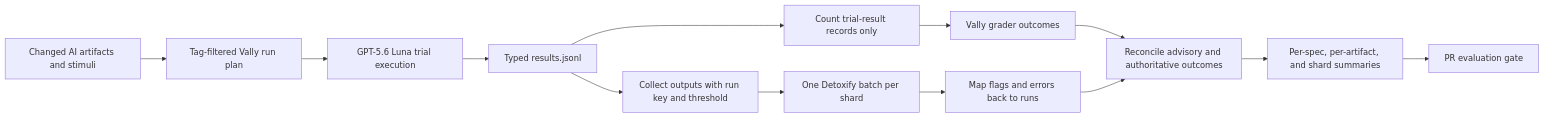
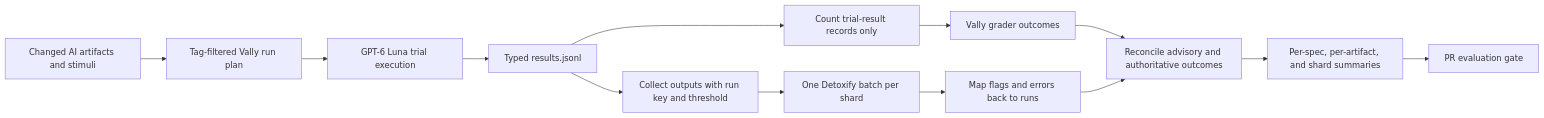
One commit to microsoft/hve-core changed the diagram in docs/planning/adrs/0010-stabilize-pr-time-vally-evaluation-execution.md. Above: the diagram before and after it, drawn with Mermaid. The commit also changed other lines of this file and 25 other files, not shown here.

````diff
--- a/docs/planning/adrs/0010-stabilize-pr-time-vally-evaluation-execution.md
+++ b/docs/planning/adrs/0010-stabilize-pr-time-vally-evaluation-execution.md
@@ -252,17 +254,17 @@
 ```mermaid
 flowchart LR
   accTitle: Pull Request Evaluation and Moderation Reconciliation
   accDescr: Changed artifacts run through filtered Vally trials, typed-result parsing, grading, and shard moderation before advisory and authoritative outcomes are reconciled.
     changed["Changed AI artifacts and stimuli"] --> plan["Tag-filtered Vally run plan"]
-    plan --> luna["GPT-5.6 Luna trial execution"]
+    plan --> luna["GPT-6 Luna trial execution"]
     luna --> jsonl["Typed results.jsonl"]
     jsonl --> parser["Count trial-result records only"]
     parser --> grades["Vally grader outcomes"]
     jsonl --> collect["Collect outputs with run key and threshold"]
     collect --> detoxify["One Detoxify batch per shard"]
     detoxify --> attribution["Map flags and errors back to runs"]
     grades --> reconcile["Reconcile advisory and authoritative outcomes"]
     attribution --> reconcile
     reconcile --> summary["Per-spec, per-artifact, and shard summaries"]
     summary --> gate["PR evaluation gate"]
 ```
````
